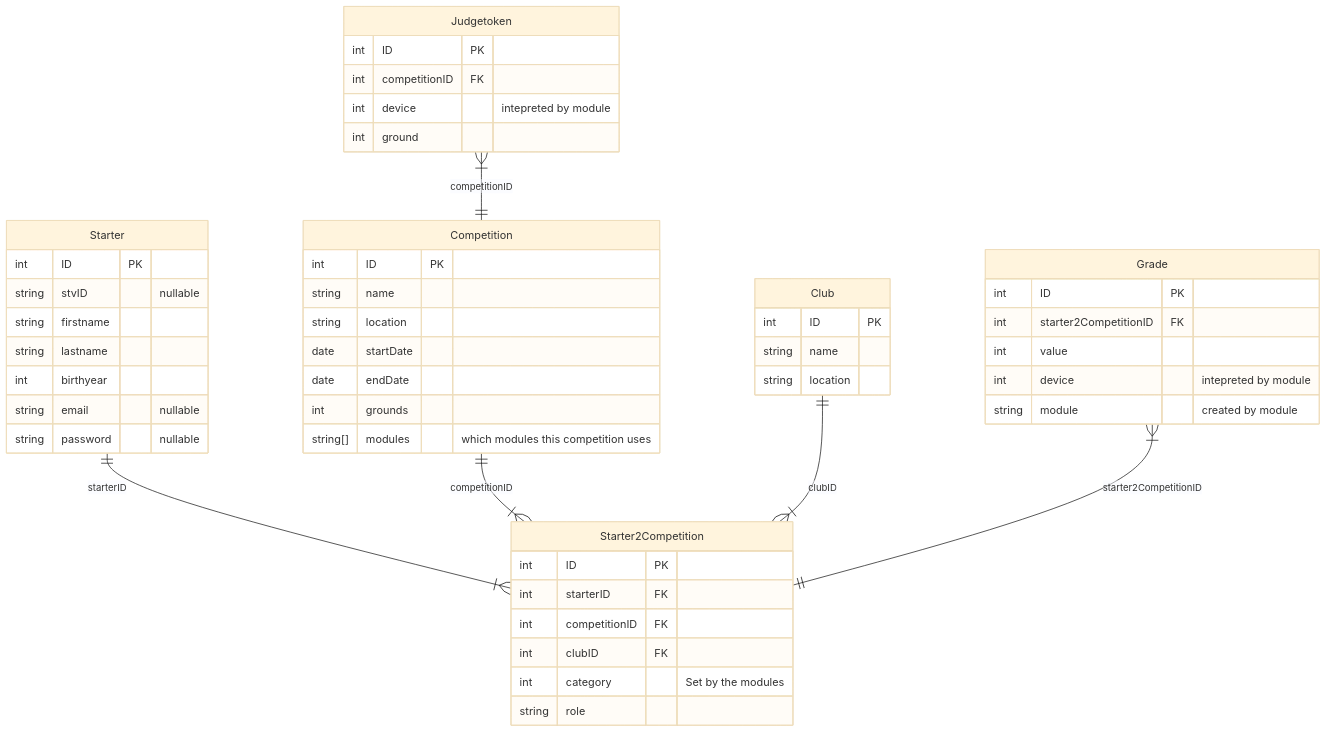
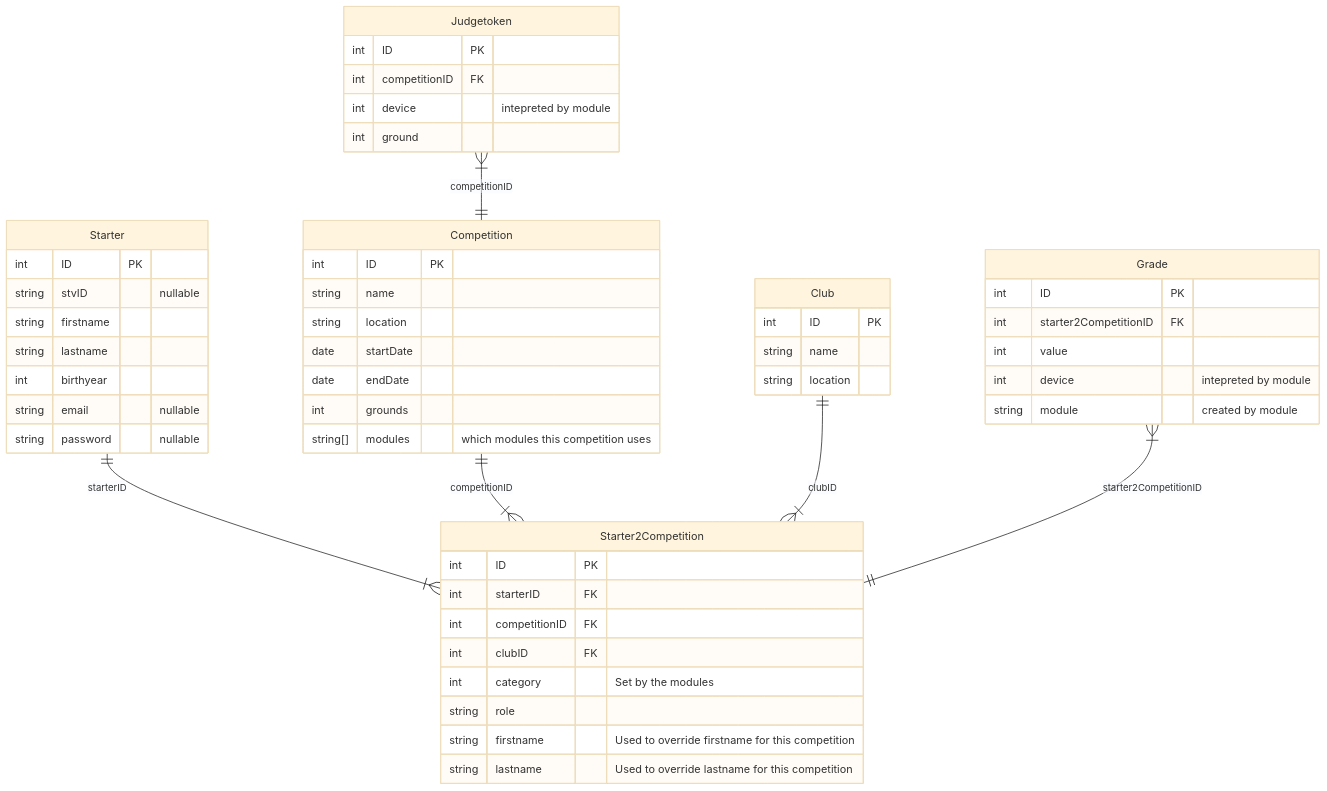
Before and after one commit to mathewmeconry/uteg-v2: the first of 2 diagrams in docs/DatabaseSchema.md, drawn with Mermaid (base theme). The commit also changed 12 other files, not shown here.

Commit message:
feat: adds competition creation feat: adds starter creation feat: adds first- and lastname override for competition fix: makes some fields nullable

````diff
--- a/docs/DatabaseSchema.md
+++ b/docs/DatabaseSchema.md
@@ -3,60 +3,62 @@
 ```mermaid
 erDiagram
     Starter {
         int ID PK
         string stvID "nullable"
         string firstname
         string lastname
         int birthyear
         string email "nullable"
         string password "nullable"
     }
 
     Club {
         int ID PK
         string name
         string location
     }
 
     Competition {
         int ID PK
         string name
         string location
         date startDate
         date endDate
         int grounds
         string[] modules "which modules this competition uses"
     }
 
     Starter2Competition {
         int ID PK
         int starterID FK
         int competitionID FK
         int clubID FK
         int category "Set by the modules"
         string role
+        string firstname "Used to override firstname for this competition"
+        string lastname "Used to override lastname for this competition"
     }
 
     Starter ||--}| Starter2Competition : starterID
     Competition ||--}| Starter2Competition : competitionID
     Club ||--}| Starter2Competition : clubID
 
     Grade {
         int ID PK
         int starter2CompetitionID FK
         int value
         int device "intepreted by module"
         string module "created by module"
     }
 
     Grade |{--|| Starter2Competition: starter2CompetitionID
 
     Judgetoken {
         int ID PK
         int competitionID FK
         int device "intepreted by module"
         int ground
     }
     
     Judgetoken |{--|| Competition: competitionID
 ```
````
